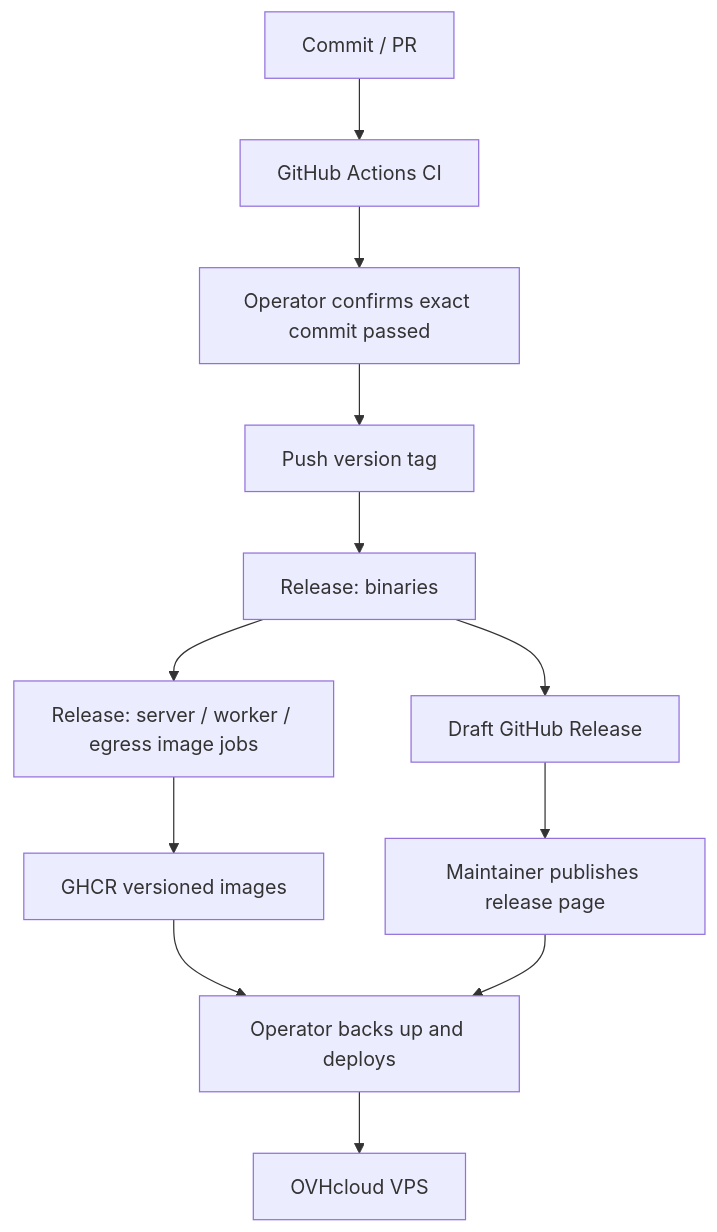
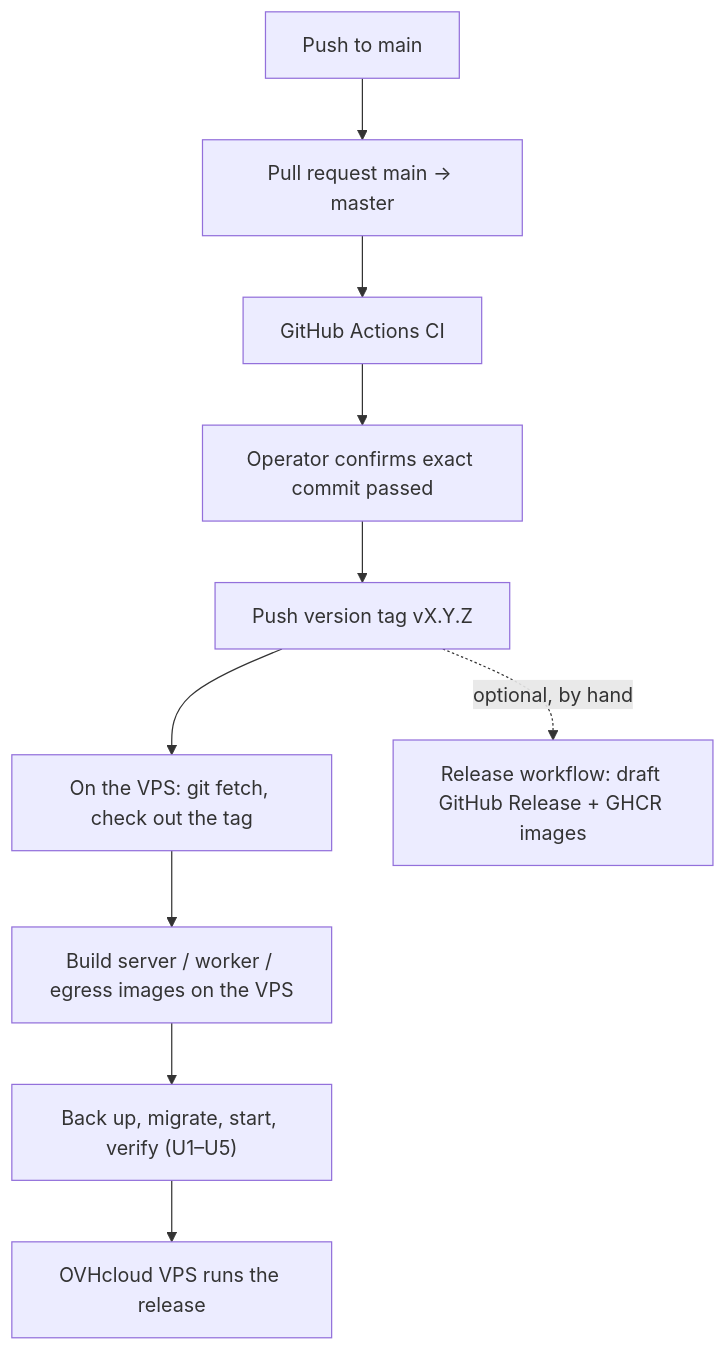
One commit to ajaykathwate/Previa changed the diagram in technical-docs/cd-in-action.md. Above: the diagram before and after it, drawn with Mermaid. The commit also changed other lines of this file and 30 other files, not shown here.

First line of the commit message:
feat(deploy): final production setup with Sentry, Tailscale and host-built images

````diff
--- a/technical-docs/cd-in-action.md
+++ b/technical-docs/cd-in-action.md
@@ -51,14 +52,12 @@
 ```mermaid
 flowchart TD
-    Commit["Commit / PR"] --> CI["GitHub Actions CI"]
+    Commit["Push to main"] --> PR["Pull request main → master"]
+    PR --> CI["GitHub Actions CI"]
     CI --> Review["Operator confirms exact commit passed"]
-    Review --> Tag["Push version tag"]
-    Tag --> Binary["Release: binaries"]
-    Binary --> Draft["Draft GitHub Release"]
-    Binary --> Images["Release: server / worker / egress image jobs"]
-    Images --> Registry["GHCR versioned images"]
-    Draft --> Publish["Maintainer publishes release page"]
-    Registry --> Deploy["Operator backs up and deploys"]
-    Publish --> Deploy
-    Deploy --> Host["OVHcloud VPS"]
+    Review --> Tag["Push version tag vX.Y.Z"]
+    Tag --> Checkout["On the VPS: git fetch, check out the tag"]
+    Checkout --> Build["Build server / worker / egress images on the VPS"]
+    Build --> Deploy["Back up, migrate, start, verify (U1–U5)"]
+    Deploy --> Host["OVHcloud VPS runs the release"]
+    Tag -.->|optional, by hand| Release["Release workflow: draft GitHub Release + GHCR images"]
 ```
````
